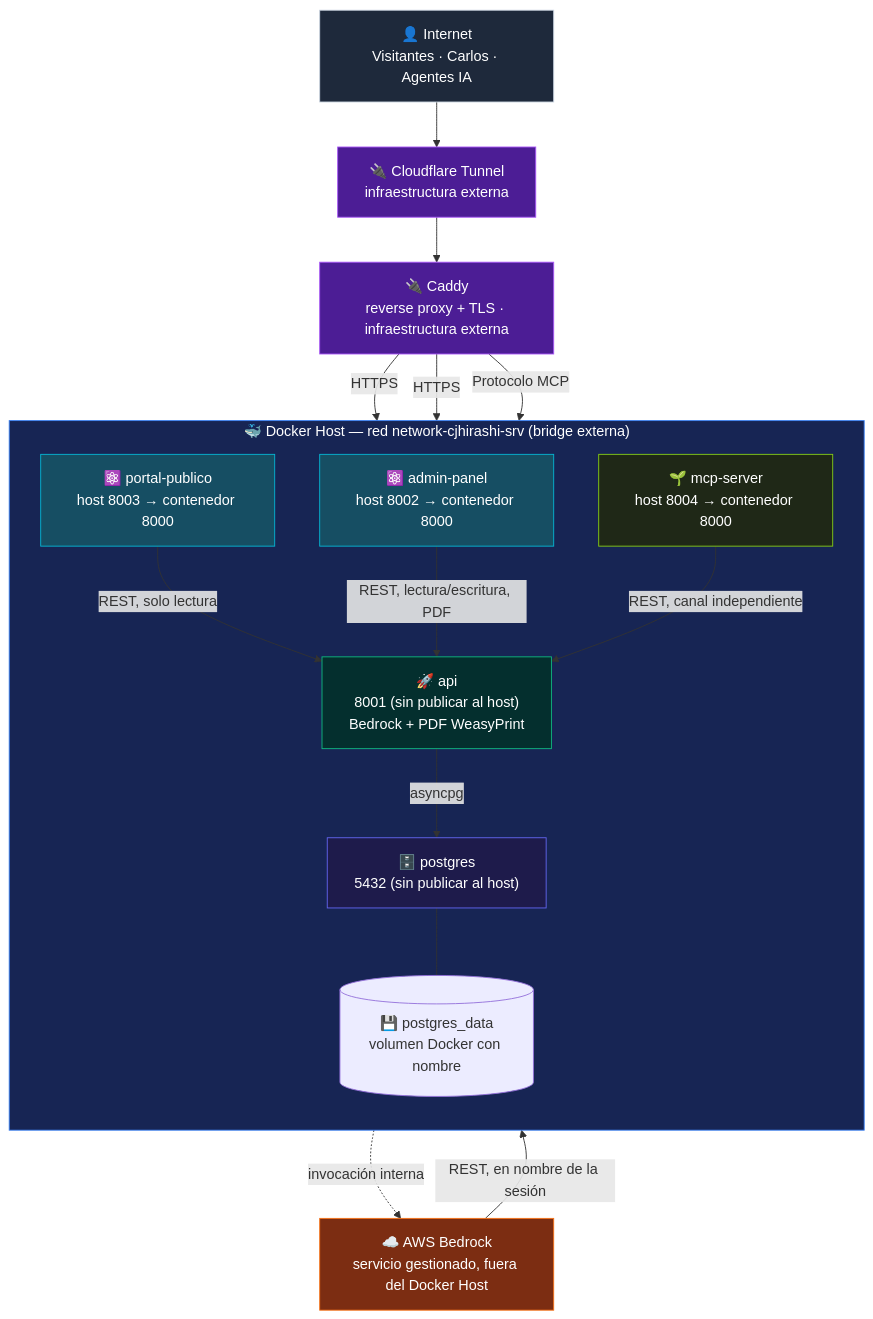
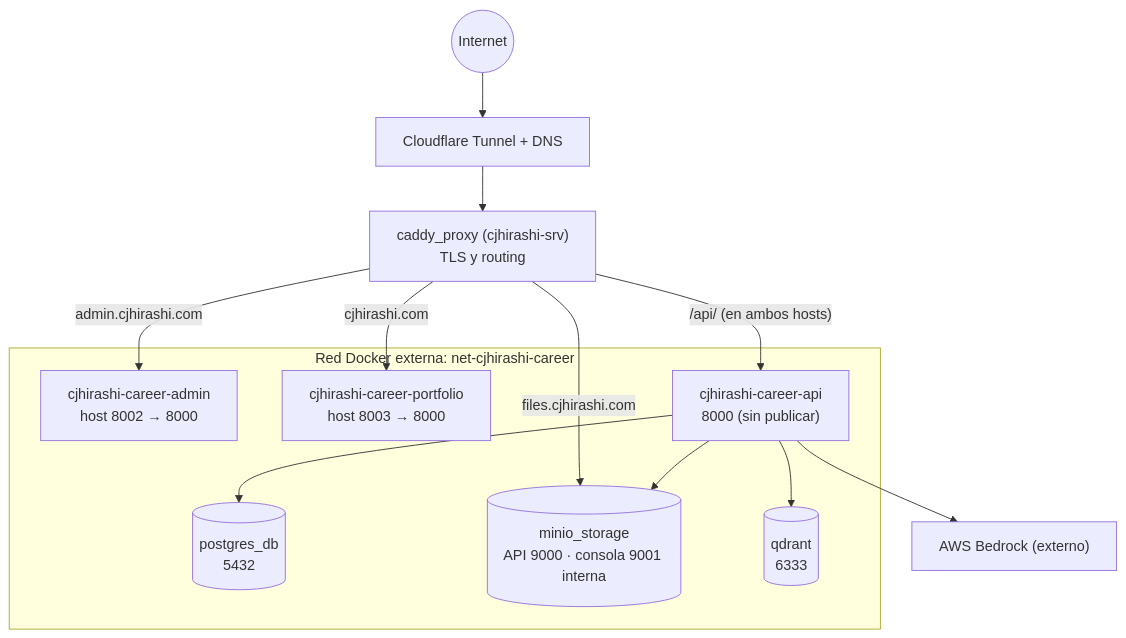
The diagram in docs/07-DEPLOYMENT-VIEW.md (cjhirashi/cjhirashi-career), drawn with Mermaid before and after one commit. The commit also changed other lines of this file and 28 other files, not shown here.

First line of the commit message:
docs: revisión completa del arc42, ADR, guías y READMEs de servicio contra el estado real (2026-11-05)

````diff
--- a/docs/07-DEPLOYMENT-VIEW.md
+++ b/docs/07-DEPLOYMENT-VIEW.md
@@ -45,49 +12,23 @@
 ```mermaid
 graph TB
-    classDef client fill:#1e293b,stroke:#cbd5e1,color:#fff
-    classDef thirdparty fill:#4c1d95,stroke:#a855f7,color:#fff
-    classDef docker fill:#172554,stroke:#3b82f6,color:#fff
-    classDef react fill:#164e63,stroke:#06b6d4,color:#fff
-    classDef nodejs fill:#042f2e,stroke:#10b981,color:#fff
-    classDef utility fill:#1f2817,stroke:#84cc16,color:#fff
-    classDef s3 fill:#7c2d12,stroke:#f97316,color:#fff
-    classDef postgres fill:#1e1b4b,stroke:#6366f1,color:#fff
+    Internet((Internet)) --> CF["Cloudflare Tunnel + DNS"]
+    CF --> Caddy["caddy_proxy (cjhirashi-srv)<br/>TLS y routing"]
 
-    Internet["👤 Internet<br/>Visitantes · Carlos · Agentes IA"]
-    CF["🔌 Cloudflare Tunnel<br/>infraestructura externa"]
-    Caddy["🔌 Caddy<br/>reverse proxy + TLS · infraestructura externa"]
-
-    subgraph Host["🐳 Docker Host — red network-cjhirashi-srv (bridge externa)"]
-        direction TB
-        Portal["⚛️ portal-publico<br/>host 8003 → contenedor 8000"]
-        Admin["⚛️ admin-panel<br/>host 8002 → contenedor 8000"]
-        MCP["🌱 mcp-server<br/>host 8004 → contenedor 8000"]
-        API["🚀 api<br/>8001 (sin publicar al host)<br/>Bedrock + PDF WeasyPrint"]
-        PG["🗄️ postgres<br/>5432 (sin publicar al host)"]
-        VOL[("💾 postgres_data<br/>volumen Docker con nombre")]
+    subgraph Net["Red Docker externa: net-cjhirashi-career"]
+        Admin["cjhirashi-career-admin<br/>host 8002 → 8000"]
+        Portal["cjhirashi-career-portfolio<br/>host 8003 → 8000"]
+        API["cjhirashi-career-api<br/>8000 (sin publicar)"]
+        PG[("postgres_db<br/>5432")]
+        S3[("minio_storage<br/>API 9000 · consola 9001 interna")]
+        Q[("qdrant<br/>6333")]
     end
 
-    Bedrock["☁️ AWS Bedrock<br/>servicio gestionado, fuera del Docker Host"]
-
-    Internet --> CF --> Caddy
-    Caddy -->|HTTPS| Portal
-    Caddy -->|HTTPS| Admin
-    Caddy -->|Protocolo MCP| MCP
-
-    Portal -->|REST, solo lectura| API
-    Admin -->|REST, lectura/escritura, PDF| API
-    Admin -.->|invocación interna| Bedrock
-    Bedrock -->|REST, en nombre de la sesión| API
-    MCP -->|REST, canal independiente| API
-    API -->|asyncpg| PG
-    PG --- VOL
-
-    class Internet client
-    class CF,Caddy thirdparty
-    class Host docker
-    class Portal,Admin react
-    class MCP,PDF utility
-    class API nodejs
-    class Bedrock s3
-    class PG postgres
+    Caddy -->|admin.cjhirashi.com| Admin
+    Caddy -->|cjhirashi.com| Portal
+    Caddy -->|files.cjhirashi.com| S3
+    Caddy -->|"/api/ (en ambos hosts)"| API
+    API --> PG
+    API --> S3
+    API --> Q
+    API --> AWS["AWS Bedrock (externo)"]
 ```
````
